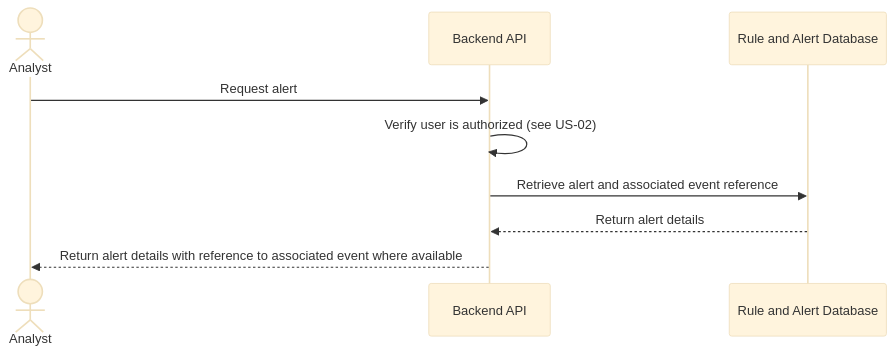
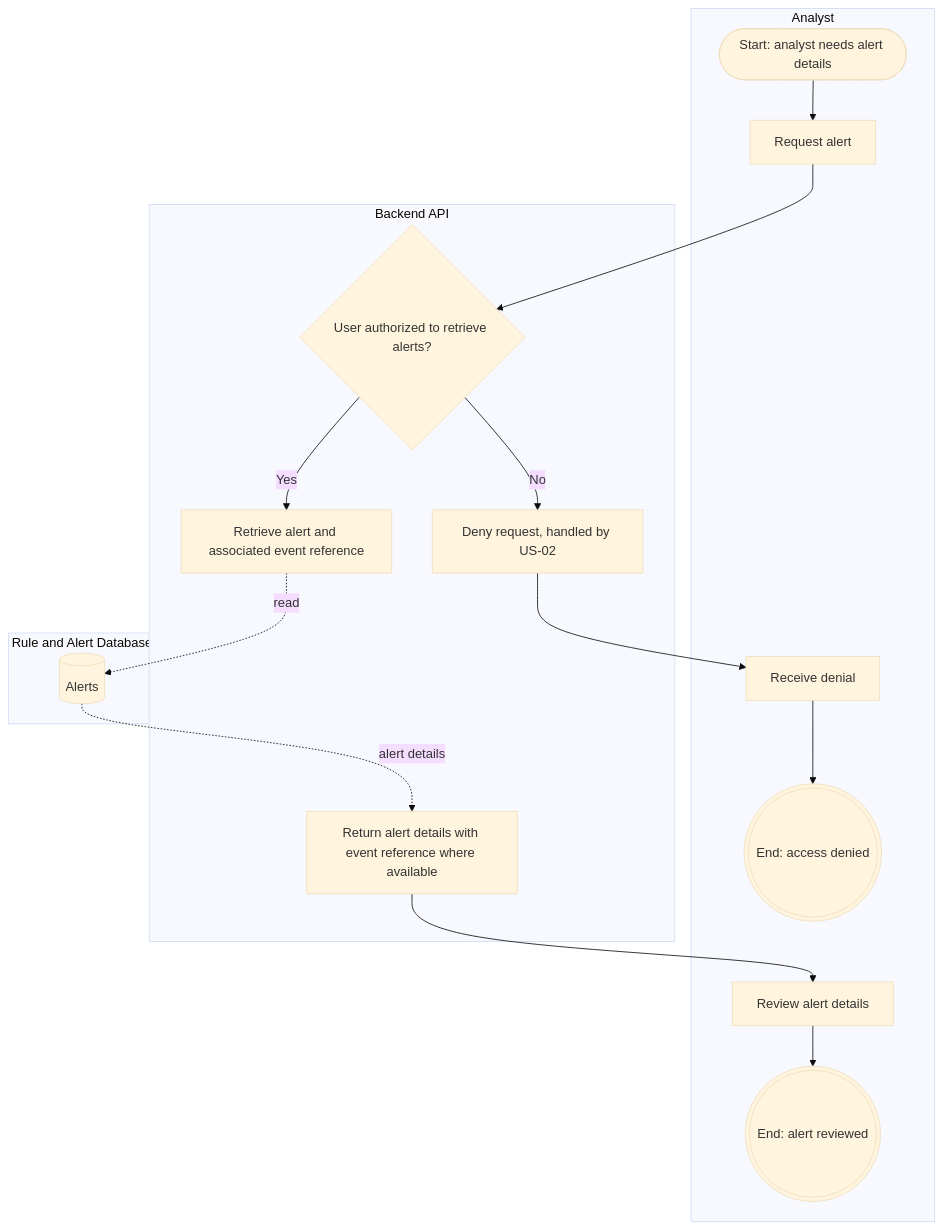
The second of 2 diagrams in docs/analysis/behavior/US-06-detection-alerts.md (El-Dorado26/hive-honeypot-network), drawn with Mermaid (base theme) before and after one commit. The commit also changed other lines of this file, not shown here.

First line of the commit message:
Revise diagrams and scenarios in US-06 documentation

````diff
--- a/docs/analysis/behavior/US-06-detection-alerts.md
+++ b/docs/analysis/behavior/US-06-detection-alerts.md
@@ -62,12 +74,29 @@
 ```mermaid
-sequenceDiagram
-    actor Analyst
-    participant API as Backend API
-    participant DB as Rule and Alert Database
+flowchart TB
+    subgraph A["Analyst"]
+        A1(["Start: analyst needs alert details"])
+        A2["Request alert"]
+        A3["Review alert details"]
+        A4["Receive denial"]
+        AE1((("End: alert reviewed")))
+        AE2((("End: access denied")))
+    end
 
-    Analyst->>API: Request alert
-    API->>API: Verify user is authorized (see US-02)
-    API->>DB: Retrieve alert and associated event reference
-    DB-->>API: Return alert details
-    API-->>Analyst: Return alert details with reference to associated event where available
+    subgraph B["Backend API"]
+        B1{"User authorized to retrieve alerts?"}
+        B2["Retrieve alert and associated event reference"]
+        B3["Return alert details with event reference where available"]
+        B4["Deny request, handled by US-02"]
+    end
+
+    subgraph D["Rule and Alert Database"]
+        D1[("Alerts")]
+    end
+
+    A1 --> A2 --> B1
+    B1 -->|"Yes"| B2
+    B2 -.->|"read"| D1
+    D1 -.->|"alert details"| B3
+    B3 --> A3 --> AE1
+    B1 -->|"No"| B4 --> A4 --> AE2
 ```
````
